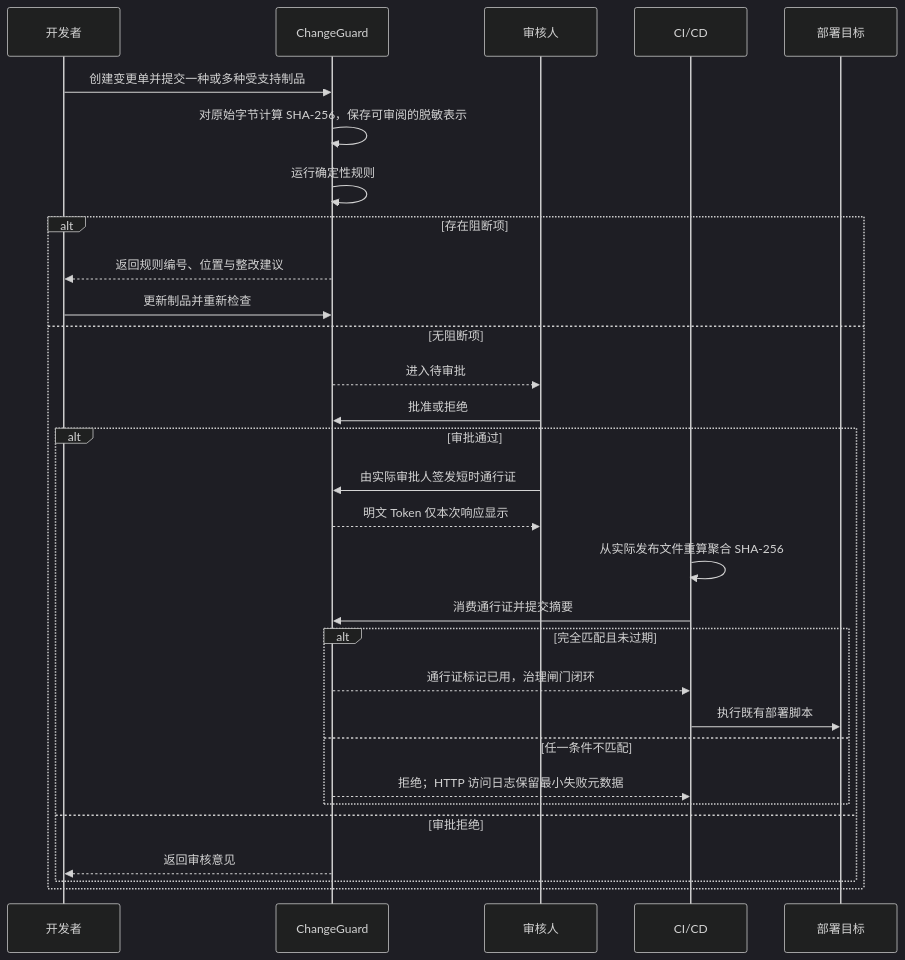
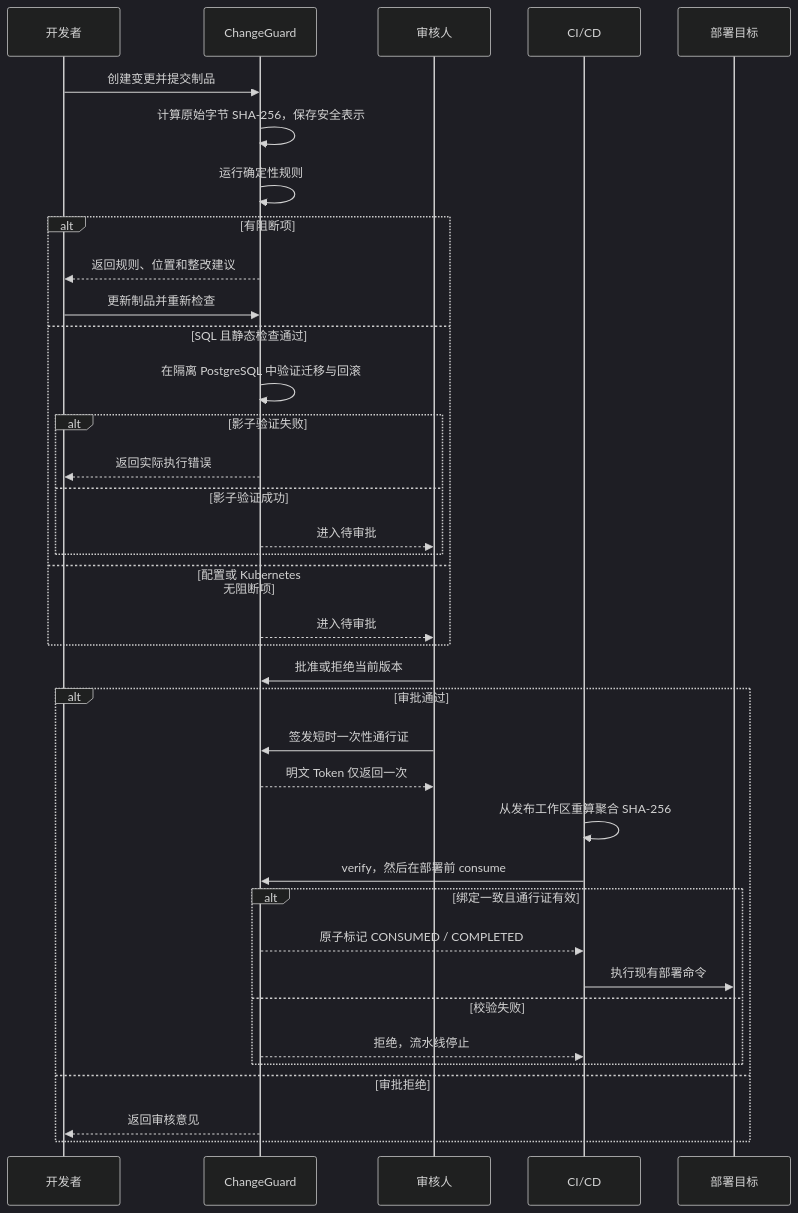
The diagram in docs/business-flow.md (kyfd/changeguard), drawn with Mermaid (dark theme) before and after one commit. The commit also changed other lines of this file and 61 other files, not shown here.

````diff
--- a/docs/business-flow.md
+++ b/docs/business-flow.md
@@ -26,33 +16,40 @@
-~~~mermaid
+```mermaid
 sequenceDiagram
     participant D as 开发者
     participant C as ChangeGuard
     participant R as 审核人
     participant P as CI/CD
     participant T as 部署目标
 
-    D->>C: 创建变更单并提交一种或多种受支持制品
-    C->>C: 对原始字节计算 SHA-256，保存可审阅的脱敏表示
+    D->>C: 创建变更并提交制品
+    C->>C: 计算原始字节 SHA-256，保存安全表示
     C->>C: 运行确定性规则
-    alt 存在阻断项
-        C-->>D: 返回规则编号、位置与整改建议
+    alt 有阻断项
+        C-->>D: 返回规则、位置和整改建议
         D->>C: 更新制品并重新检查
-    else 无阻断项
+    else SQL 且静态检查通过
+        C->>C: 在隔离 PostgreSQL 中验证迁移与回滚
+        alt 影子验证失败
+            C-->>D: 返回实际执行错误
+        else 影子验证成功
+            C-->>R: 进入待审批
+        end
+    else 配置或 Kubernetes 无阻断项
         C-->>R: 进入待审批
-        R->>C: 批准或拒绝
-        alt 审批通过
-            R->>C: 由实际审批人签发短时通行证
-            C-->>R: 明文 Token 仅本次响应显示
-            P->>P: 从实际发布文件重算聚合 SHA-256
-            P->>C: 消费通行证并提交摘要
-            alt 完全匹配且未过期
-                C-->>P: 通行证标记已用，治理闸门闭环
-                P->>T: 执行既有部署脚本
-            else 任一条件不匹配
-                C-->>P: 拒绝；HTTP 访问日志保留最小失败元数据
-            end
-        else 审批拒绝
-            C-->>D: 返回审核意见
+    end
+    R->>C: 批准或拒绝当前版本
+    alt 审批通过
+        R->>C: 签发短时一次性通行证
+        C-->>R: 明文 Token 仅返回一次
+        P->>P: 从发布工作区重算聚合 SHA-256
+        P->>C: verify，然后在部署前 consume
+        alt 绑定一致且通行证有效
+            C-->>P: 原子标记 CONSUMED / COMPLETED
+            P->>T: 执行现有部署命令
+        else 校验失败
+            C-->>P: 拒绝，流水线停止
         end
+    else 审批拒绝
+        C-->>D: 返回审核意见
     end
-~~~
+```
````
